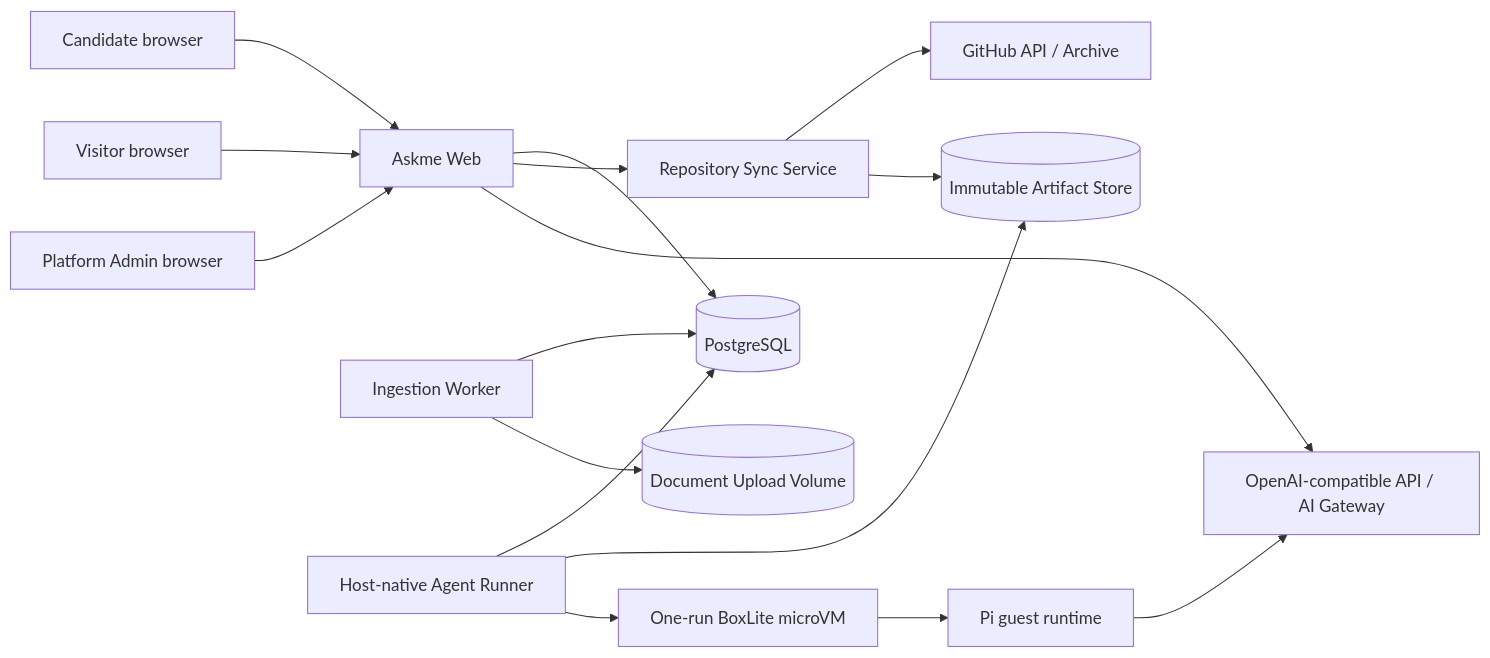
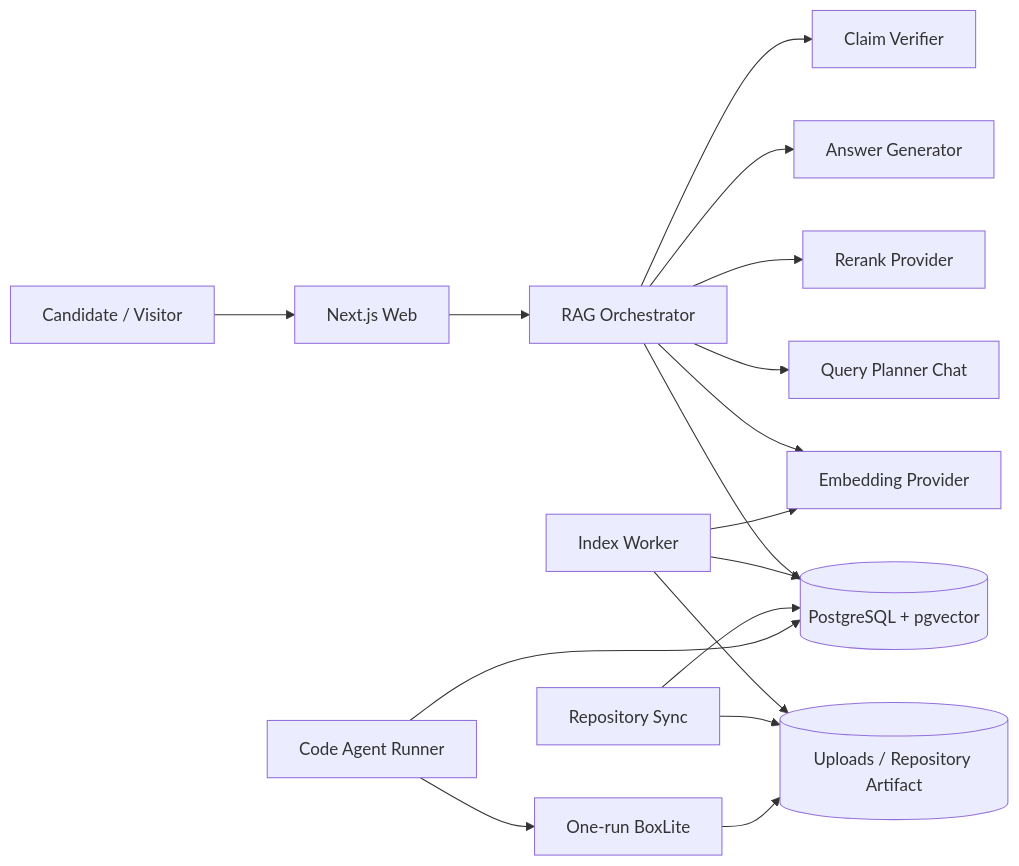
One commit to monshunter/askme changed the first of 3 diagrams in docs/architecture/DESIGN-005.md. Above: the diagram before and after it, drawn with Mermaid. The commit also changed other lines of this file and 77 other files, not shown here.

````diff
--- a/docs/architecture/DESIGN-005.md
+++ b/docs/architecture/DESIGN-005.md
@@ -48,18 +51,19 @@
 ```mermaid
 flowchart LR
-  C["Candidate browser"] --> W["Askme Web"]
-  V["Visitor browser"] --> W
-  A["Platform Admin browser"] --> W
-  W --> P[("PostgreSQL")]
-  W --> S["Repository Sync Service"]
-  S --> GH["GitHub API / Archive"]
-  S --> AS[("Immutable Artifact Store")]
-  IW["Ingestion Worker"] --> P
-  IW --> FS[("Document Upload Volume")]
-  W --> AI["OpenAI-compatible API / AI Gateway"]
-  AR["Host-native Agent Runner"] --> P
-  AR --> AS
-  AR --> B["One-run BoxLite microVM"]
-  B --> PI["Pi guest runtime"]
-  PI --> AI
+  C["Candidate / Visitor"] --> W["Next.js Web"]
+  W --> O["RAG Orchestrator"]
+  O --> P[("PostgreSQL + pgvector")]
+  O --> QP["Query Planner Chat"]
+  O --> E["Embedding Provider"]
+  O --> RR["Rerank Provider"]
+  O --> AG["Answer Generator"]
+  O --> CV["Claim Verifier"]
+  IW["Index Worker"] --> P
+  IW --> E
+  IW --> FS[("Uploads / Repository Artifact")]
+  RS["Repository Sync"] --> FS
+  RS --> P
+  DR["Code Agent Runner"] --> P
+  DR --> BX["One-run BoxLite"]
+  BX --> FS
 ```
````
